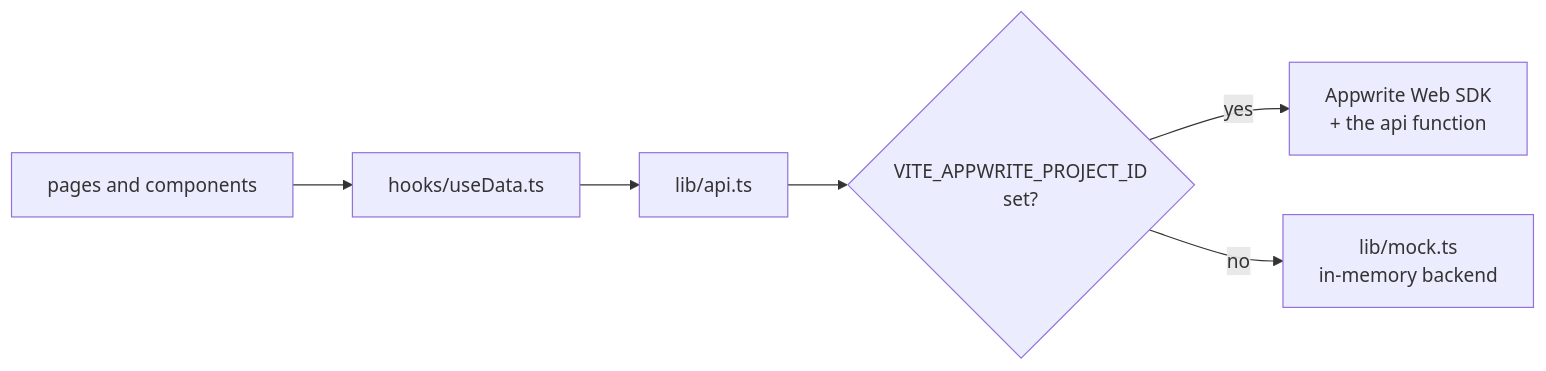
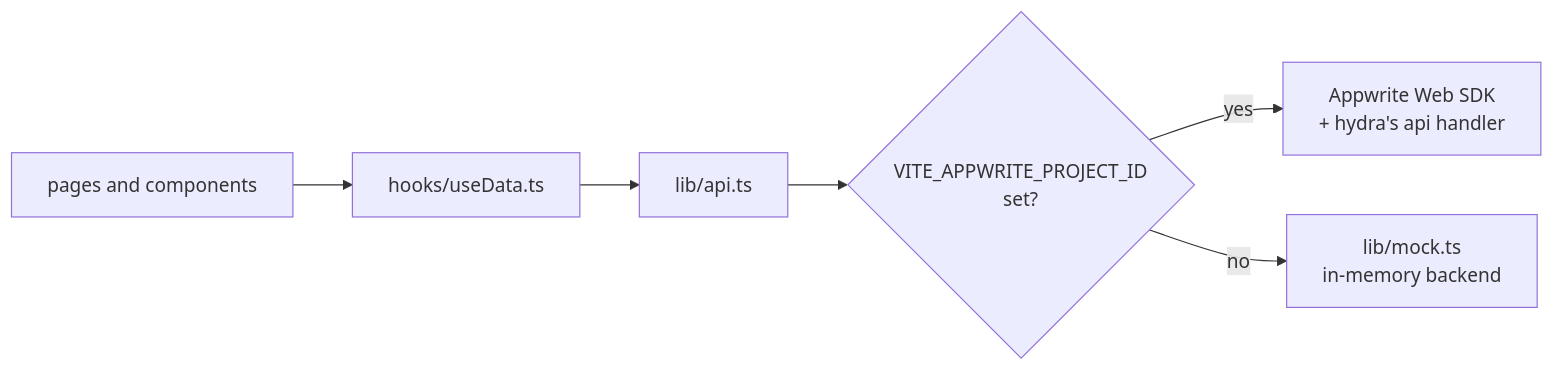
Before and after one commit to PranavViswanathan/Hydra: the first of 2 diagrams in docs/dashboard.md, drawn with Mermaid. The commit also changed other lines of this file and 36 other files, not shown here.

````diff
--- a/docs/dashboard.md
+++ b/docs/dashboard.md
@@ -33,8 +33,8 @@
 ```mermaid
 flowchart LR
     P["pages and components"] --> H["hooks/useData.ts"]
     H --> A["lib/api.ts"]
     A --> C{"VITE_APPWRITE_PROJECT_ID<br/>set?"}
-    C -->|yes| R["Appwrite Web SDK<br/>+ the api function"]
+    C -->|yes| R["Appwrite Web SDK<br/>+ hydra's api handler"]
     C -->|no| D["lib/mock.ts<br/>in-memory backend"]
 ```
````
